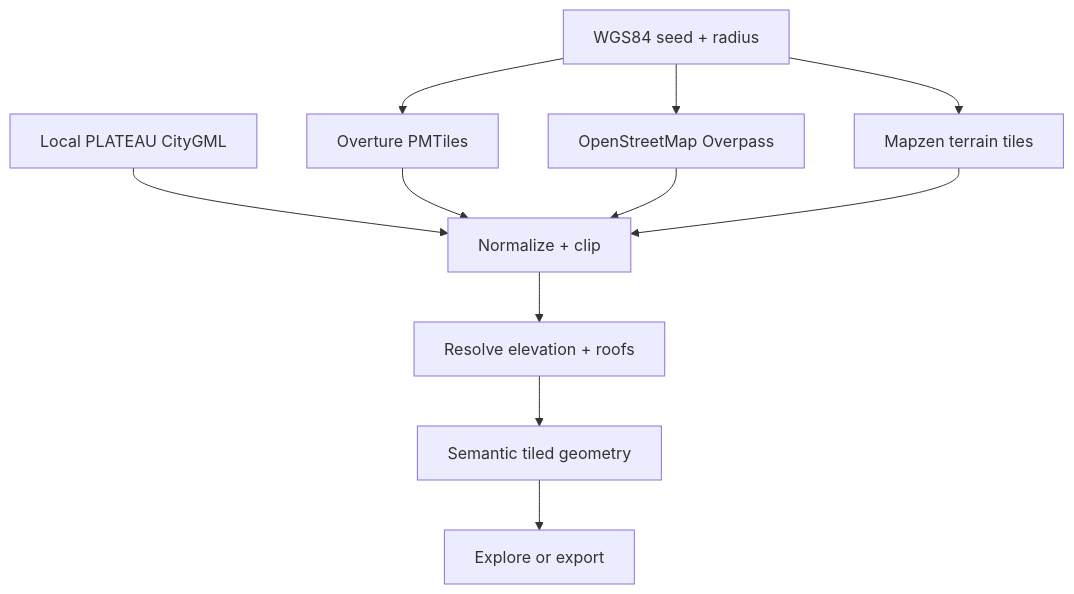
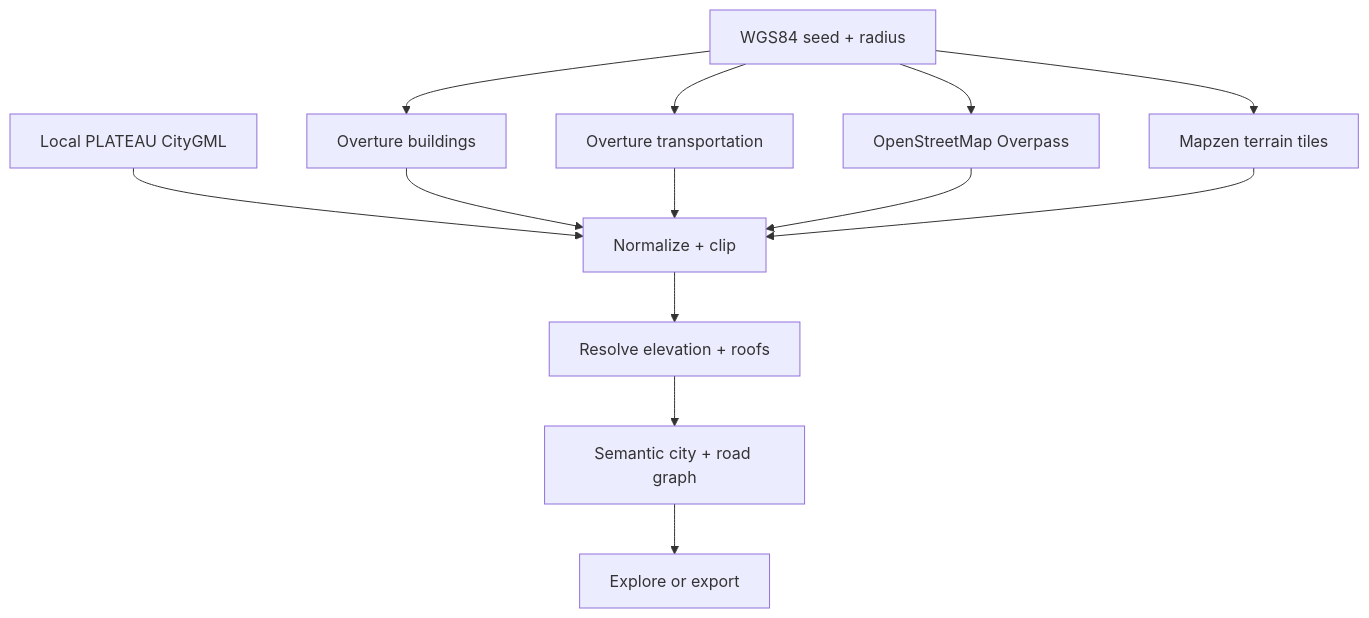
One commit to yz4git/next-gen changed the diagram in README.md. Above: the diagram before and after it, drawn with Mermaid. The commit also changed other lines of this file and 18 other files, not shown here.

````diff
--- a/README.md
+++ b/README.md
@@ -62,13 +67,15 @@
 ```mermaid
 flowchart TD
-  A["WGS84 seed + radius"] --> B["Overture PMTiles"]
+  A["WGS84 seed + radius"] --> B["Overture buildings"]
+  A --> R["Overture transportation"]
   A --> C["OpenStreetMap Overpass"]
   A --> T["Mapzen terrain tiles"]
   P["Local PLATEAU CityGML"] --> D["Normalize + clip"]
   B --> D["Normalize + clip"]
+  R --> D
   C --> D
   T --> D
   D --> E["Resolve elevation + roofs"]
-  E --> F["Semantic tiled geometry"]
+  E --> F["Semantic city + road graph"]
   F --> G["Explore or export"]
 ```
````
